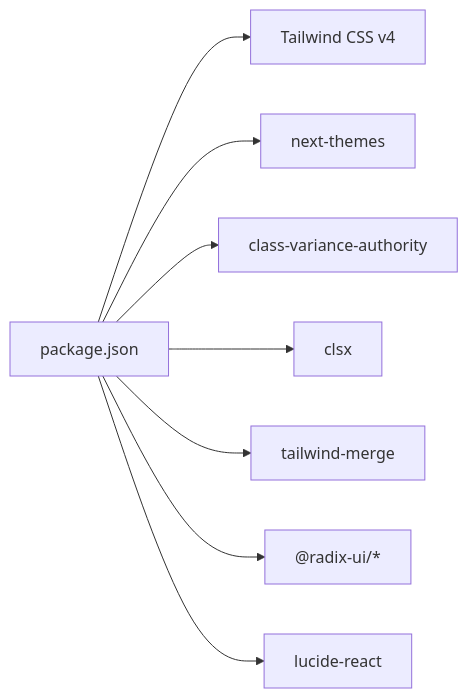
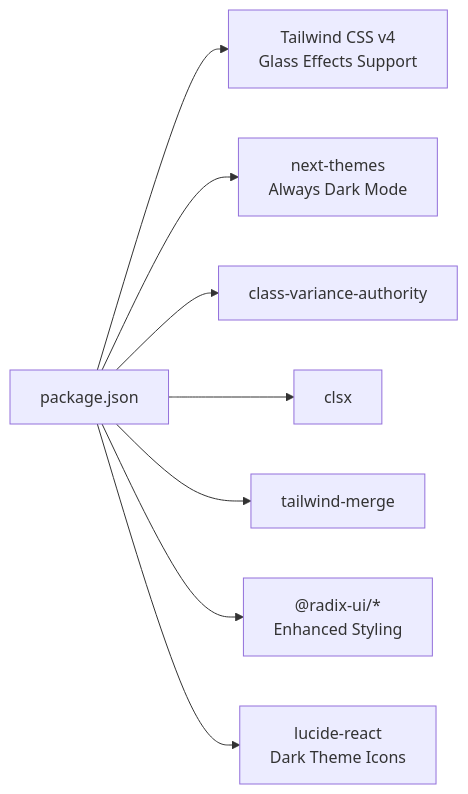
One commit to alikizang/datafrica changed the eighth of 8 diagrams in .qoder/repowiki/en/content/UI Components/UI Components.md. Above: the diagram before and after it, drawn with Mermaid. The commit also changed other lines of this file and 15 other files, not shown here.

````diff
--- a/.qoder/repowiki/en/content/UI Components/UI Components.md
+++ b/.qoder/repowiki/en/content/UI Components/UI Components.md
@@ -412,18 +568,18 @@
 ```mermaid
 graph LR
 Pkg["package.json"]
-Tailwind["Tailwind CSS v4"]
-Themes["next-themes"]
+Tailwind["Tailwind CSS v4<br/>Glass Effects Support"]
+Themes["next-themes<br/>Always Dark Mode"]
 CVA["class-variance-authority"]
 CLX["clsx"]
 Merge["tailwind-merge"]
-Radix["@radix-ui/*"]
-Icons["lucide-react"]
+Radix["@radix-ui/*<br/>Enhanced Styling"]
+Icons["lucide-react<br/>Dark Theme Icons"]
 Pkg --> Tailwind
 Pkg --> Themes
 Pkg --> CVA
 Pkg --> CLX
 Pkg --> Merge
 Pkg --> Radix
 Pkg --> Icons
 ```
````
